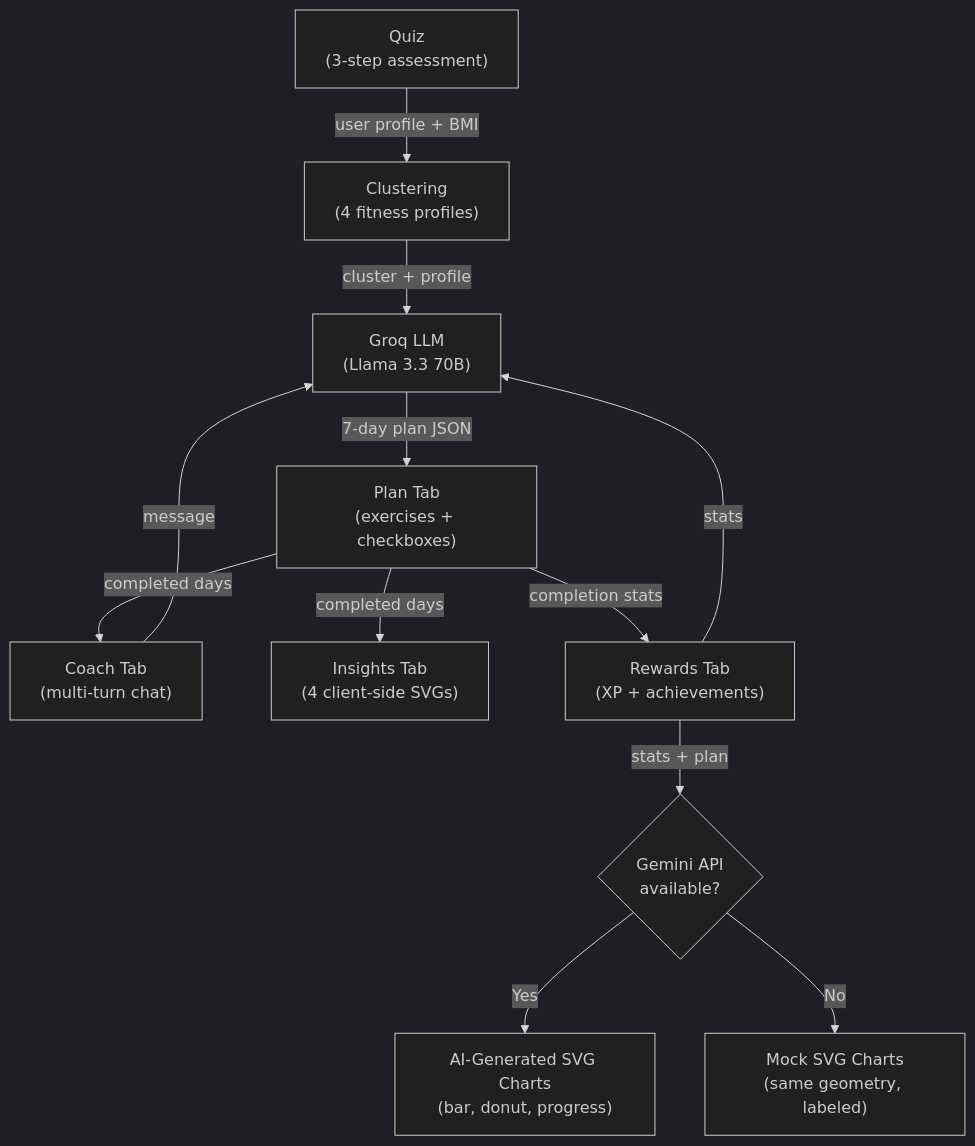
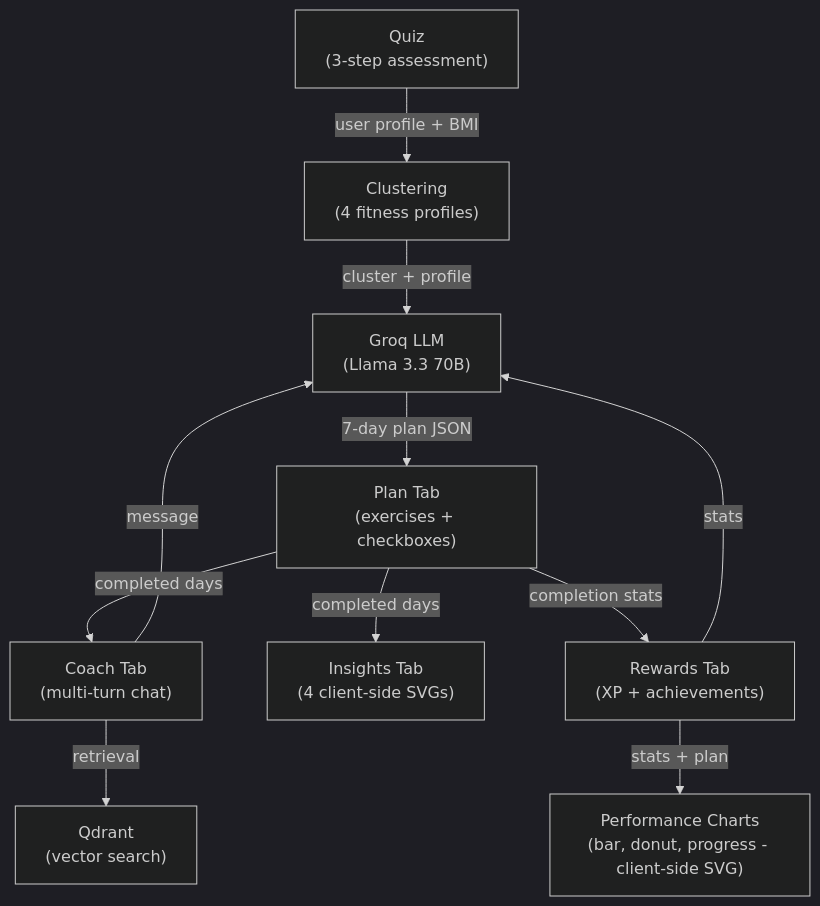
Before and after one commit to MatteoGuardamagna4/react-app: the second of 3 diagrams in README.md, drawn with Mermaid (dark theme). The commit also changed other lines of this file and 21 other files, not shown here.

````diff
--- a/README.md
+++ b/README.md
@@ -66,14 +69,13 @@
 ```mermaid
 flowchart TD
   Q["Quiz\n(3-step assessment)"] -->|user profile + BMI| CL["Clustering\n(4 fitness profiles)"]
   CL -->|cluster + profile| LLM1["Groq LLM\n(Llama 3.3 70B)"]
   LLM1 -->|7-day plan JSON| PLAN["Plan Tab\n(exercises + checkboxes)"]
   PLAN -->|completed days| COACH["Coach Tab\n(multi-turn chat)"]
   PLAN -->|completed days| INS["Insights Tab\n(4 client-side SVGs)"]
   PLAN -->|completion stats| REW["Rewards Tab\n(XP + achievements)"]
-  REW -->|stats + plan| GEM{"Gemini API\navailable?"}
-  GEM -->|Yes| AI_CHARTS["AI-Generated SVG Charts\n(bar, donut, progress)"]
-  GEM -->|No| MOCK["Mock SVG Charts\n(same geometry, labeled)"]
+  REW -->|stats + plan| CHARTS["Performance Charts\n(bar, donut, progress - client-side SVG)"]
   COACH -->|message| LLM1
+  COACH -->|retrieval| VS["Qdrant\n(vector search)"]
   REW -->|stats| LLM1
 ```
````
